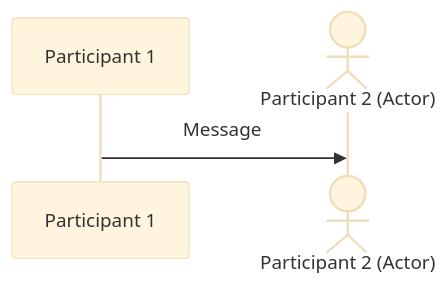
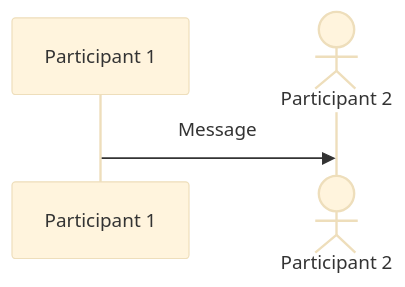
The second of 16 diagrams in Tools/mermaid/mermaidDiagramSyntax/mermaidSequenceDiagram.md (lcov29/knowledgeBase), drawn with Mermaid (base theme) before and after one commit. The commit also changed other lines of this file, not shown here.

````diff
--- a/Tools/mermaid/mermaidDiagramSyntax/mermaidSequenceDiagram.md
+++ b/Tools/mermaid/mermaidDiagramSyntax/mermaidSequenceDiagram.md
@@ -67,6 +67,6 @@
 ```mermaid
 sequenceDiagram
     participant A as Participant 1
-    actor B as Participant 2 (Actor)
+    actor B as Participant 2
     A ->> B: Message
 ```
````
